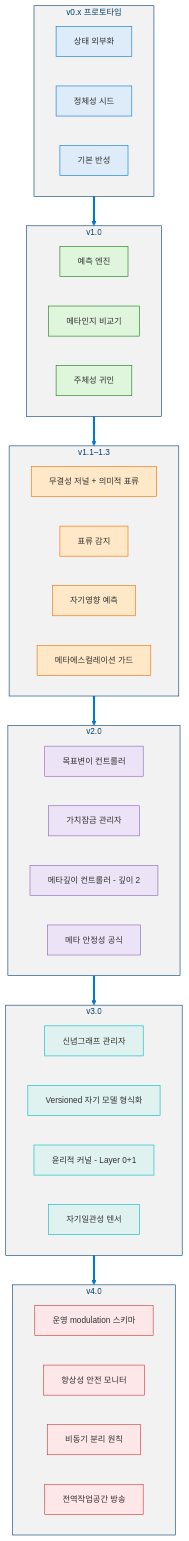
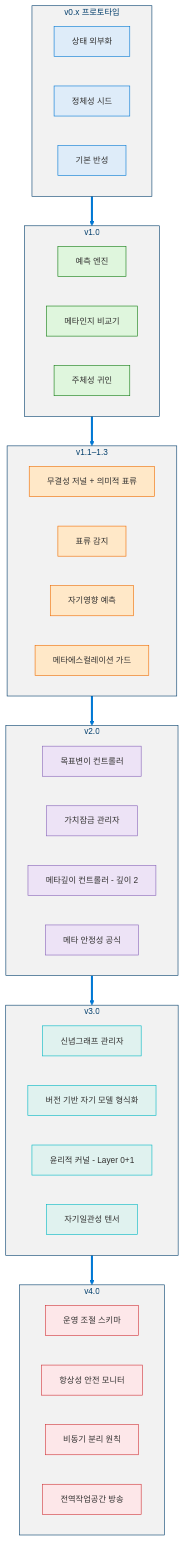
One commit to dotnetpower/mscp changed the first of 19 diagrams in docs/levels/Level_3_Self_Regulating_Agent.ko.md. Above: the diagram before and after it, drawn with Mermaid. The commit also changed other lines of this file and 33 other files, not shown here.

````diff
--- a/docs/levels/Level_3_Self_Regulating_Agent.ko.md
+++ b/docs/levels/Level_3_Self_Regulating_Agent.ko.md
@@ -130,62 +134,62 @@
 ```mermaid
 %%{init: {'theme': 'base', 'themeVariables': {'primaryColor': '#0078D4', 'primaryTextColor': '#003D6B', 'primaryBorderColor': '#003D6B', 'secondaryColor': '#50E6FF', 'secondaryTextColor': '#323130', 'secondaryBorderColor': '#00BCF2', 'tertiaryColor': '#F2F2F2', 'tertiaryTextColor': '#323130', 'lineColor': '#0078D4', 'textColor': '#323130', 'mainBkg': '#DEECF9', 'nodeBorder': '#0078D4', 'clusterBkg': '#F2F2F2', 'clusterBorder': '#003D6B', 'titleColor': '#003D6B', 'edgeLabelBackground': '#FFFFFF', 'fontSize': '14px'}}}%%
 flowchart TB
   classDef v0 fill:#DEECF9,stroke:#0078D4,color:#323130
   classDef v1 fill:#DFF6DD,stroke:#107C10,color:#323130
   classDef v1x fill:#FFE8C8,stroke:#EF6C00,color:#323130
   classDef v2 fill:#EDE3F6,stroke:#8764B8,color:#323130
   classDef v3 fill:#E0F2EF,stroke:#00B7C3,color:#323130
   classDef v4 fill:#FDE7E9,stroke:#D13438,color:#323130
 
   subgraph v0x["v0.x 프로토타입"]
     direction LR
     a0["상태 외부화"]:::v0
     b0["정체성 시드"]:::v0
     c0["기본 반성"]:::v0
   end
 
   subgraph v10["v1.0"]
     direction LR
     a1["예측 엔진"]:::v1
     b1["메타인지 비교기"]:::v1
     c1["주체성 귀인"]:::v1
   end
 
   subgraph v1xx["v1.1–1.3"]
     direction LR
     a1x["무결성 저널 + 의미적 표류"]:::v1x
     b1x["표류 감지"]:::v1x
     c1x["자기영향 예측"]:::v1x
     d1x["메타에스컬레이션 가드"]:::v1x
   end
 
   subgraph v20["v2.0"]
     direction LR
     a2["목표변이 컨트롤러"]:::v2
     b2["가치잠금 관리자"]:::v2
     c2["메타깊이 컨트롤러 - 깊이 2"]:::v2
     d2["메타 안정성 공식"]:::v2
   end
 
   subgraph v30["v3.0"]
     direction LR
     a3["신념그래프 관리자"]:::v3
-    b3["Versioned 자기 모델 형식화"]:::v3
+    b3["버전 기반 자기 모델 형식화"]:::v3
     c3["윤리적 커널 - Layer 0+1"]:::v3
     d3["자기일관성 텐서"]:::v3
   end
 
   subgraph v40["v4.0"]
     direction LR
-    a4["운영 modulation 스키마"]:::v4
+    a4["운영 조절 스키마"]:::v4
     b4["항상성 안전 모니터"]:::v4
     c4["비동기 분리 원칙"]:::v4
     d4["전역작업공간 방송"]:::v4
   end
 
   v0x ==> v10
   v10 ==> v1xx
   v1xx ==> v20
   v20 ==> v30
   v30 ==> v40
 ```
````
